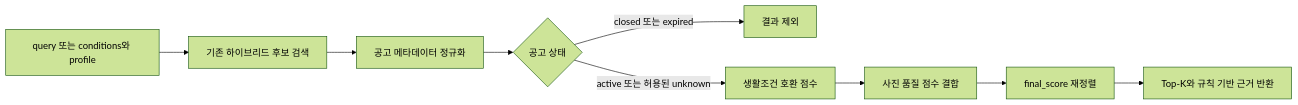
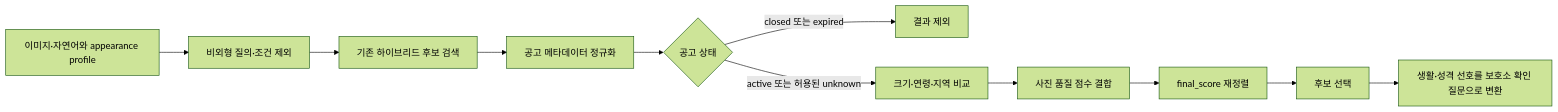
Before and after one commit to YuMinBee/meongtamjeong: the second of 2 diagrams in README.md, drawn with Mermaid (forest theme). The commit also changed other lines of this file and 216 other files, not shown here.

````diff
--- a/README.md
+++ b/README.md
@@ -209,11 +275,13 @@
 ```mermaid
 flowchart LR
-    A[query 또는 conditions와 profile] --> B[기존 하이브리드 후보 검색]
-    B --> C[공고 메타데이터 정규화]
-    C --> D{공고 상태}
-    D -->|closed 또는 expired| X[결과 제외]
-    D -->|active 또는 허용된 unknown| E[생활조건 호환 점수]
-    E --> F[사진 품질 점수 결합]
-    F --> G[final_score 재정렬]
-    G --> H[Top-K와 규칙 기반 근거 반환]
+    A[이미지·자연어와 appearance profile] --> B[비외형 질의·조건 제외]
+    B --> C[기존 하이브리드 후보 검색]
+    C --> D[공고 메타데이터 정규화]
+    D --> E{공고 상태}
+    E -->|closed 또는 expired| X[결과 제외]
+    E -->|active 또는 허용된 unknown| F[크기·연령·지역 비교]
+    F --> G[사진 품질 점수 결합]
+    G --> H[final_score 재정렬]
+    H --> I[후보 선택]
+    I --> J[생활·성격 선호를 보호소 확인 질문으로 변환]
 ```
````
